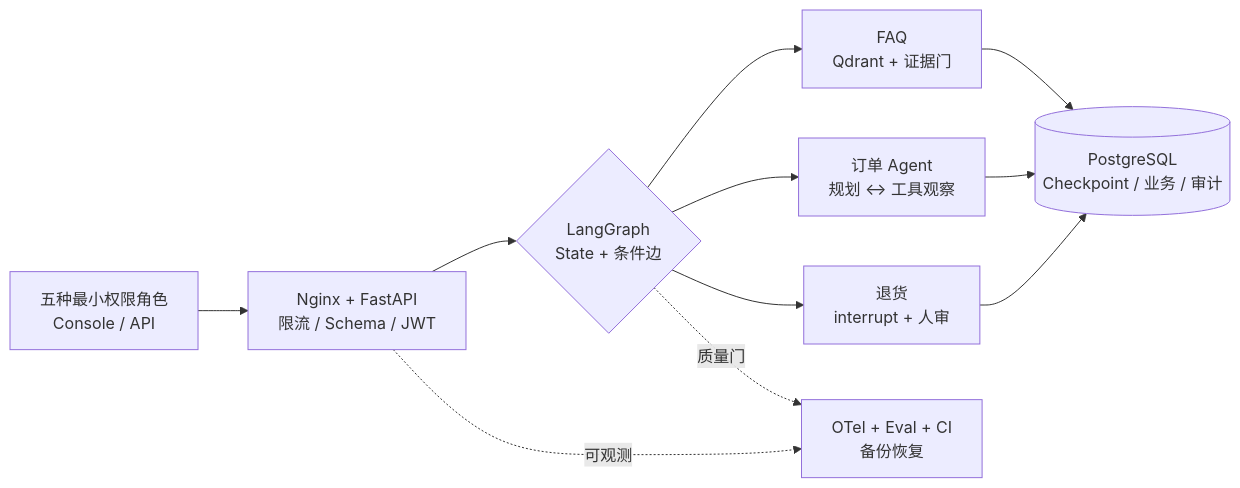
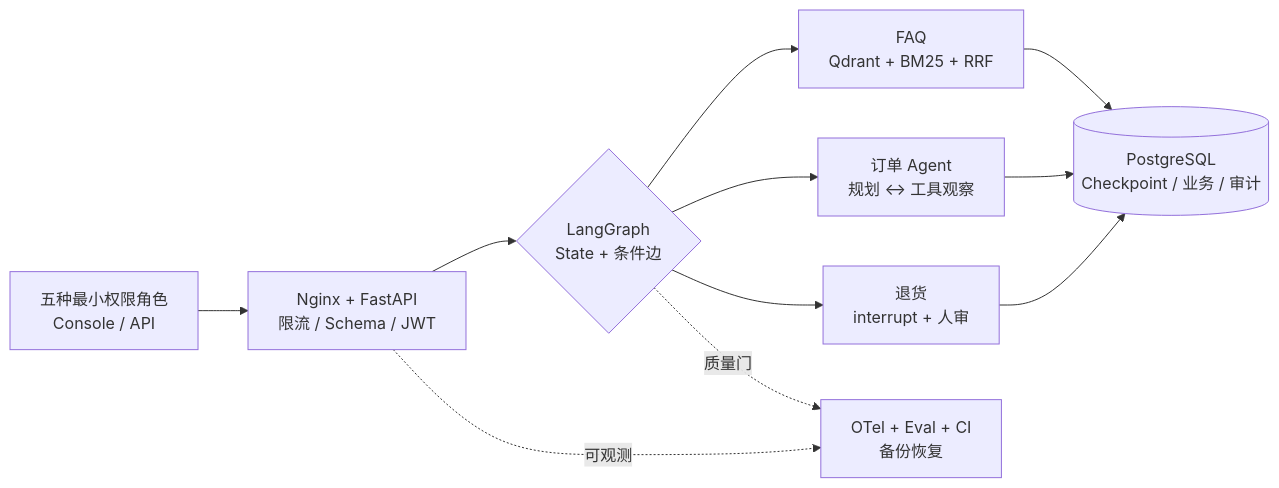
Before and after one commit to Susukelhh/serviceops-agent: the diagram in README.md, drawn with Mermaid. The commit also changed other lines of this file and 49 other files, not shown here.

````diff
--- a/README.md
+++ b/README.md
@@ -8,21 +8,21 @@
 ```mermaid
 flowchart LR
     USER["五种最小权限角色\nConsole / API"]
     EDGE["Nginx + FastAPI\n限流 / Schema / JWT"]
     GRAPH{"LangGraph\nState + 条件边"}
-    FAQ["FAQ\nQdrant + 证据门"]
+    FAQ["FAQ\nQdrant + BM25 + RRF"]
     ORDER["订单 Agent\n规划 ↔ 工具观察"]
     RETURN["退货\ninterrupt + 人审"]
     PG[("PostgreSQL\nCheckpoint / 业务 / 审计")]
     GOV["OTel + Eval + CI\n备份恢复"]
 
     USER --> EDGE --> GRAPH
     GRAPH --> FAQ
     GRAPH --> ORDER
     GRAPH --> RETURN
     FAQ --> PG
     ORDER --> PG
     RETURN --> PG
     EDGE -. 可观测 .-> GOV
     GRAPH -. 质量门 .-> GOV
 ```
````
